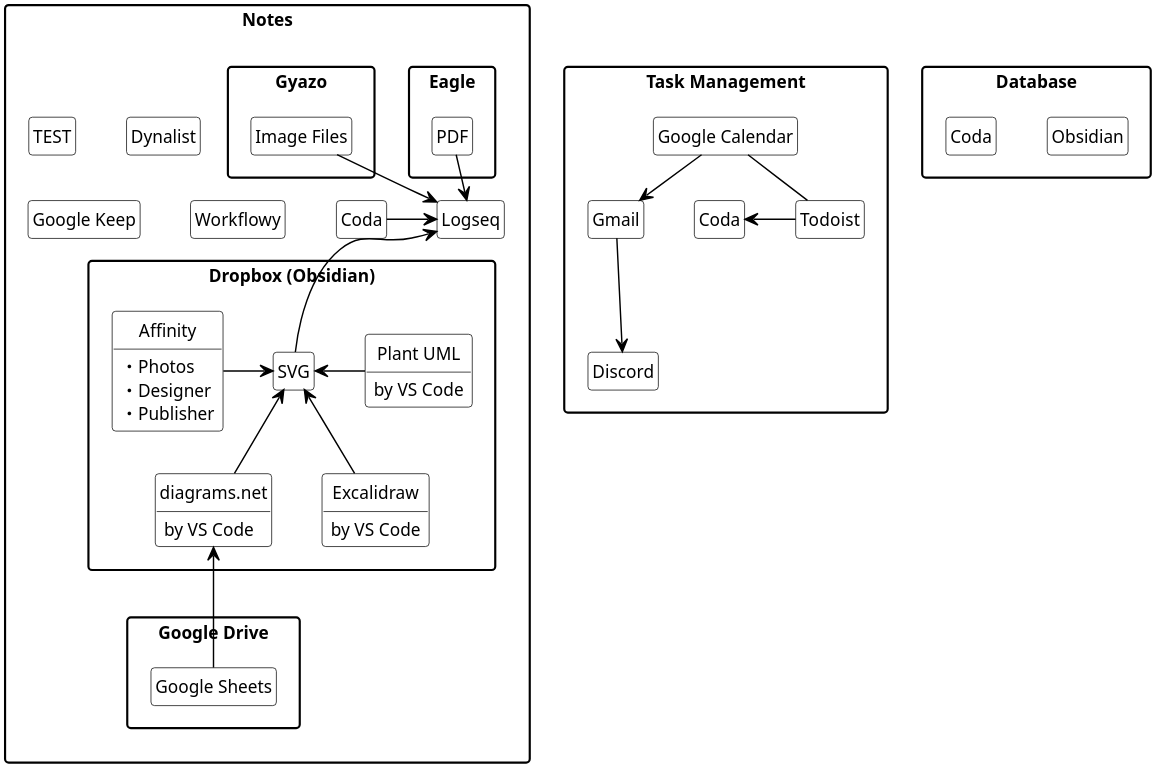
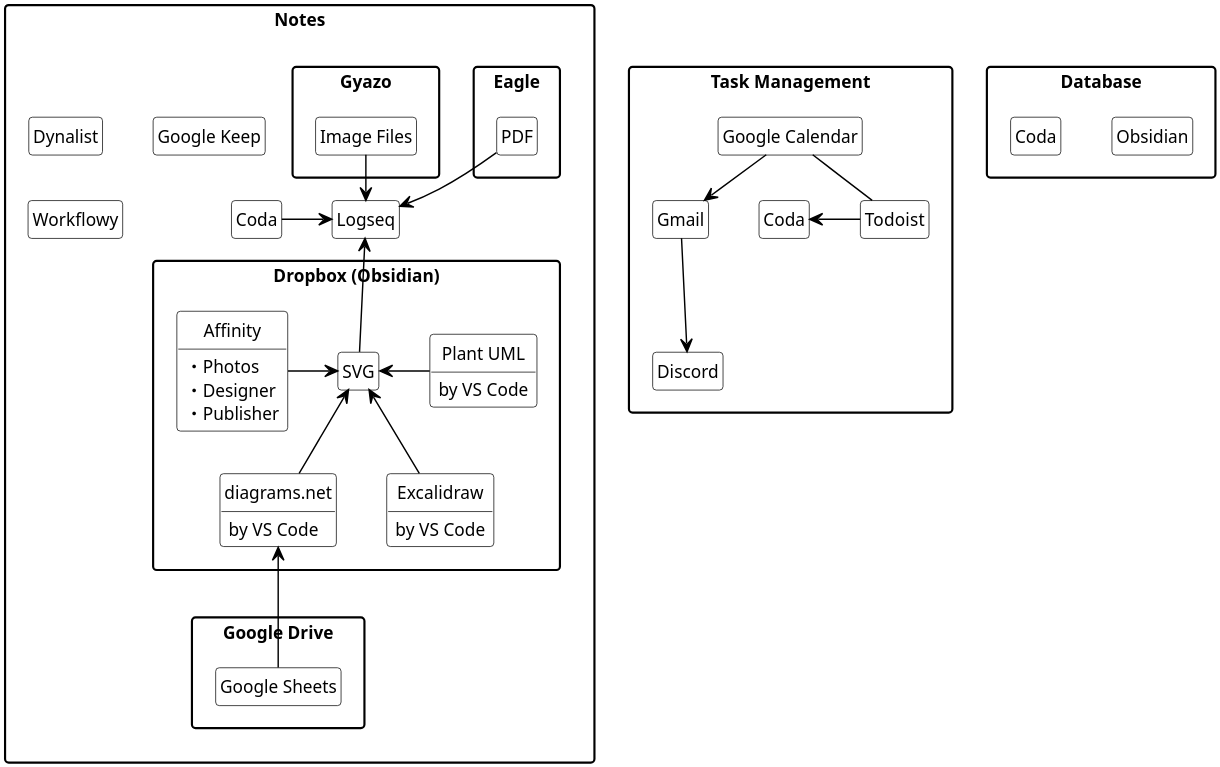
The diagram in Productivity Tools/default.pu (h-row-ita/embedded-assets), drawn with PlantUML before and after one commit. The commit also changed 1 other file, not shown here.

```diff
--- a/Productivity Tools/default.pu
+++ b/Productivity Tools/default.pu
@@ -1,98 +1,97 @@
 @startuml
 
 hide circle
 hide empty fields
 hide empty methods
 
 skinparam class {
     backGroundColor white
     borderColor black
     arrowColor black
 }
 
 skinparam package {
     style rectangle
 }
 
 skinparam {
     shadowing false
     ranksep 30
     dpi 300
     arrowThickness 1
     defaultFontSize 12
     arrowFontSize 8
 }
 
 package "Notes" {
-    class "TEST" as test
     class "Logseq" as logseq
     package "Dropbox (Obsidian)" as dropbox{
         class "SVG" as svg
         class "diagrams.net" as diagramsnet {
             by VS Code
         }
         class "Excalidraw" as excalidraw {
             by VS Code
         }
         class "Plant UML" as plantuml {
             by VS Code
         }
         class "Affinity" as affinity {
             ・Photos
             ・Designer
             ・Publisher
         }
     }
     package "Google Drive" as googledrive {
         class "Google Sheets" as googlesheets
     }
     package "Eagle" as eagle {
         class "PDF" as pdf
     }
     package "Gyazo" as gyazo {
         class "Image Files" as imagefiles
     }
     class "Coda" as coda
     class "Dynalist" as dynalist 
     class "Google Keep" as googlekeep
     class "Workflowy" as workflowy
 }
 
 package "Database" {
     class "Obsidian" as obsidian
     class "Coda" as coda2
 }
 
 package "Task Management" {
     class "Coda" as coda3
     class "Todoist" as todoist
     class "Google Calendar" as googlecalendar
     class "Gmail" as gmail
     class "Discord" as discord
 }
 
 'Notes
 logseq <-- svg
 plantuml -u> svg
 excalidraw -u-> svg
 diagramsnet -u-> svg
 affinity -> svg
 googlesheets -u--> diagramsnet
 logseq <-u- pdf
 imagefiles --> logseq
 coda -> logseq
 
 'Database
 
 'Task Management
 googlecalendar -- todoist
 gmail <-u- googlecalendar
 gmail --> discord
 todoist -u> coda3
 
 
 
 
 
 
 @enduml
```
